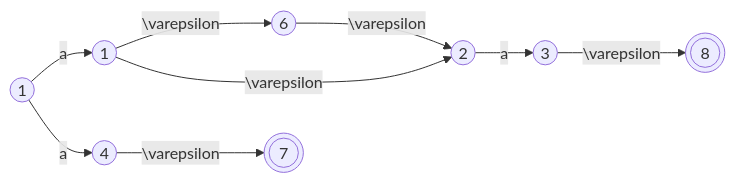
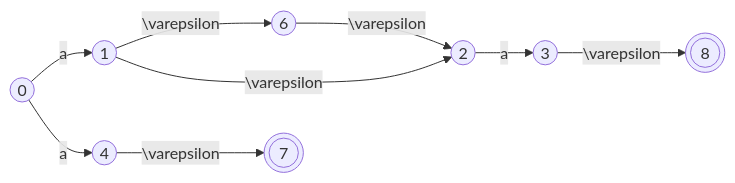
Before and after one commit to TangciuYueng/compiler-learning: the first of 12 diagrams in note3.md, drawn with Mermaid. The commit also changed 6 other files, not shown here.

````diff
--- a/note3.md
+++ b/note3.md
@@ -213,11 +213,11 @@
 ```mermaid
 graph LR
-  1((1)) -->|a| 5((5))
+  1((0)) -->|a| 5((5))
   5((5)) -->|\varepsilon| 6((6))
   5((1)) -->|\varepsilon| 2((2))
   6((6)) -->|\varepsilon| 2((2))
   2((2)) -->|a| 3((3))
   3((3)) -->|\varepsilon| 8(((8)))
-  1((1)) -->|a| 4((4))
+  1((0)) -->|a| 4((4))
   4((4)) -->|\varepsilon| 7(((7)))
 ```
````
